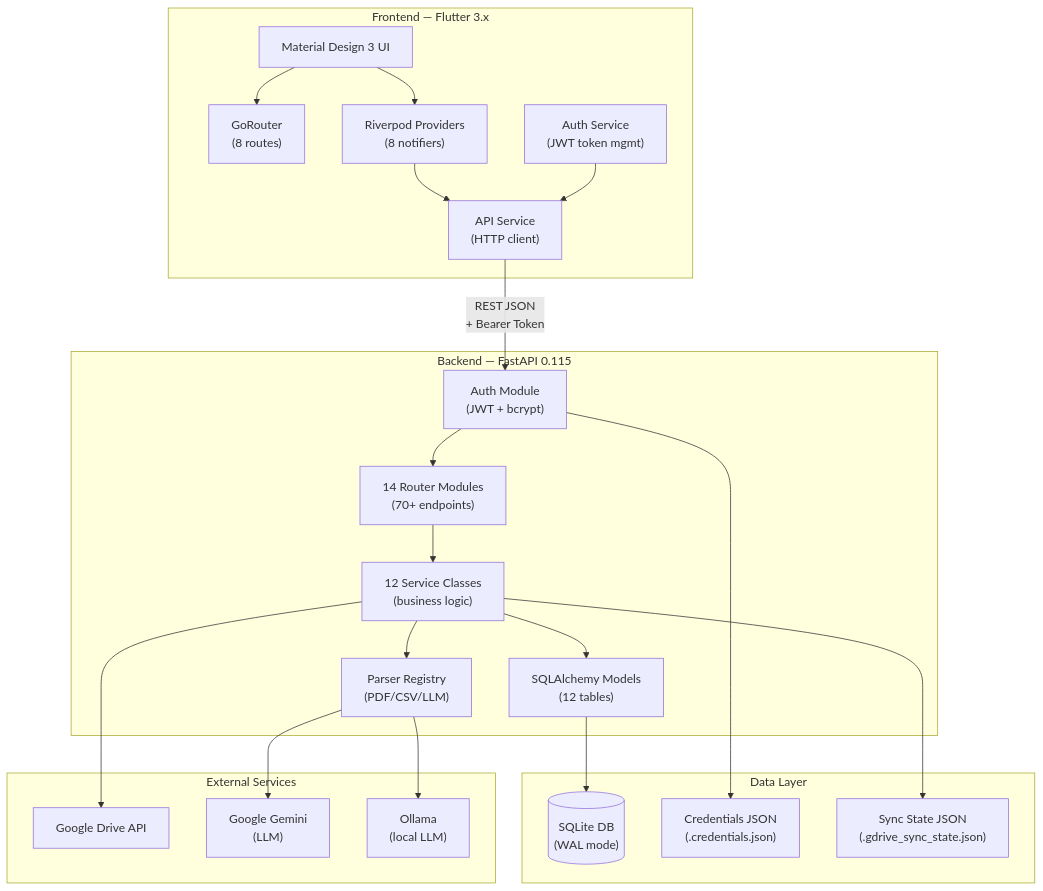
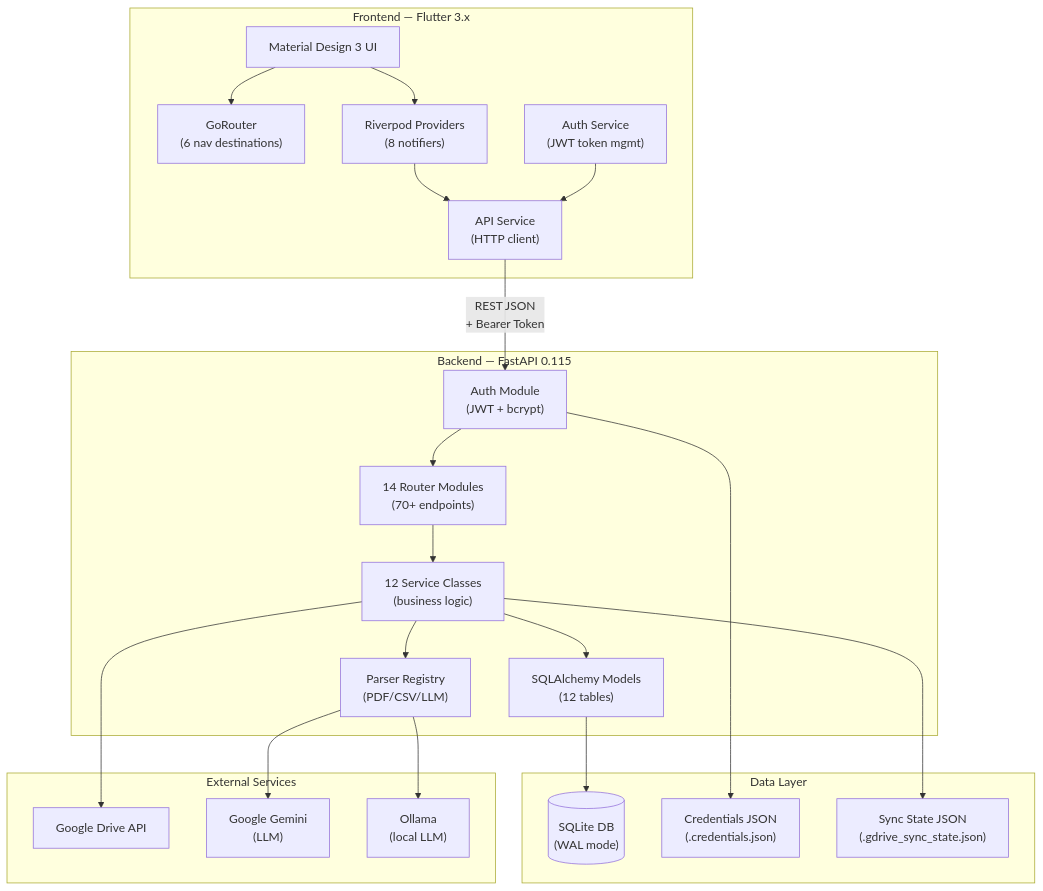
One commit to ghiridhars/finance-tracker-personal changed the first of 10 diagrams in docs/ARCHITECTURE.md. Above: the diagram before and after it, drawn with Mermaid. The commit also changed other lines of this file and 17 other files, not shown here.

````diff
--- a/docs/ARCHITECTURE.md
+++ b/docs/ARCHITECTURE.md
@@ -9,48 +9,48 @@
 ```mermaid
 graph TB
     subgraph Client["Frontend — Flutter 3.x"]
         UI["Material Design 3 UI"]
-        Router["GoRouter<br/>(8 routes)"]
+        Router["GoRouter<br/>(6 nav destinations)"]
         Providers["Riverpod Providers<br/>(8 notifiers)"]
         AuthSvc["Auth Service<br/>(JWT token mgmt)"]
         ApiSvc["API Service<br/>(HTTP client)"]
 
         UI --> Router
         UI --> Providers
         Providers --> ApiSvc
         AuthSvc --> ApiSvc
     end
 
     subgraph Server["Backend — FastAPI 0.115"]
         Auth["Auth Module<br/>(JWT + bcrypt)"]
         Routers["14 Router Modules<br/>(70+ endpoints)"]
         Services["12 Service Classes<br/>(business logic)"]
         Parsers["Parser Registry<br/>(PDF/CSV/LLM)"]
         Models["SQLAlchemy Models<br/>(12 tables)"]
 
         Auth --> Routers
         Routers --> Services
         Services --> Models
         Services --> Parsers
     end
 
     subgraph Storage["Data Layer"]
         SQLite[("SQLite DB<br/>(WAL mode)")]
         CredFile["Credentials JSON<br/>(.credentials.json)"]
         SyncState["Sync State JSON<br/>(.gdrive_sync_state.json)"]
     end
 
     subgraph External["External Services"]
         GDrive["Google Drive API"]
         Gemini["Google Gemini<br/>(LLM)"]
         Ollama["Ollama<br/>(local LLM)"]
     end
 
     ApiSvc -- "REST JSON<br/>+ Bearer Token" --> Auth
     Models --> SQLite
     Auth --> CredFile
     Services --> SyncState
     Services --> GDrive
     Parsers --> Gemini
     Parsers --> Ollama
 ```
````
